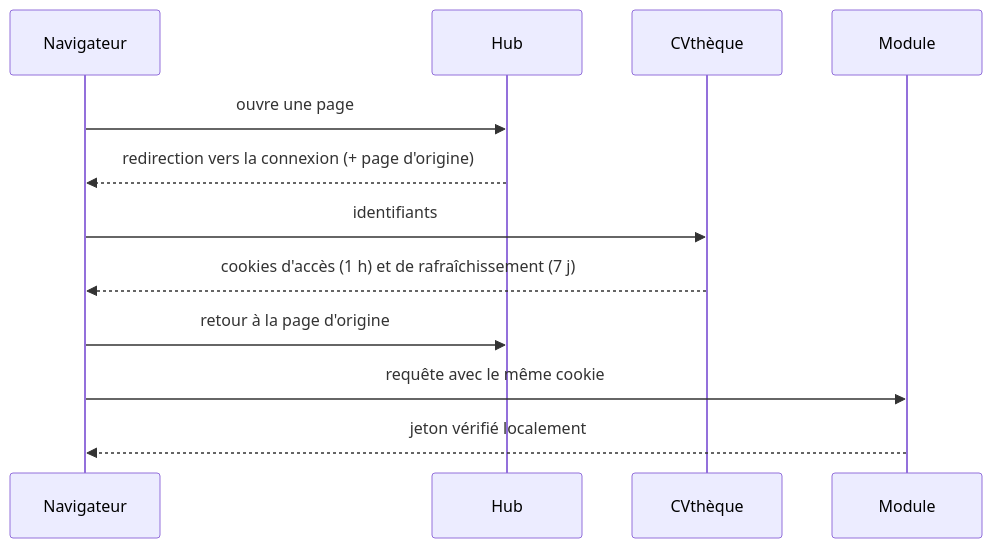
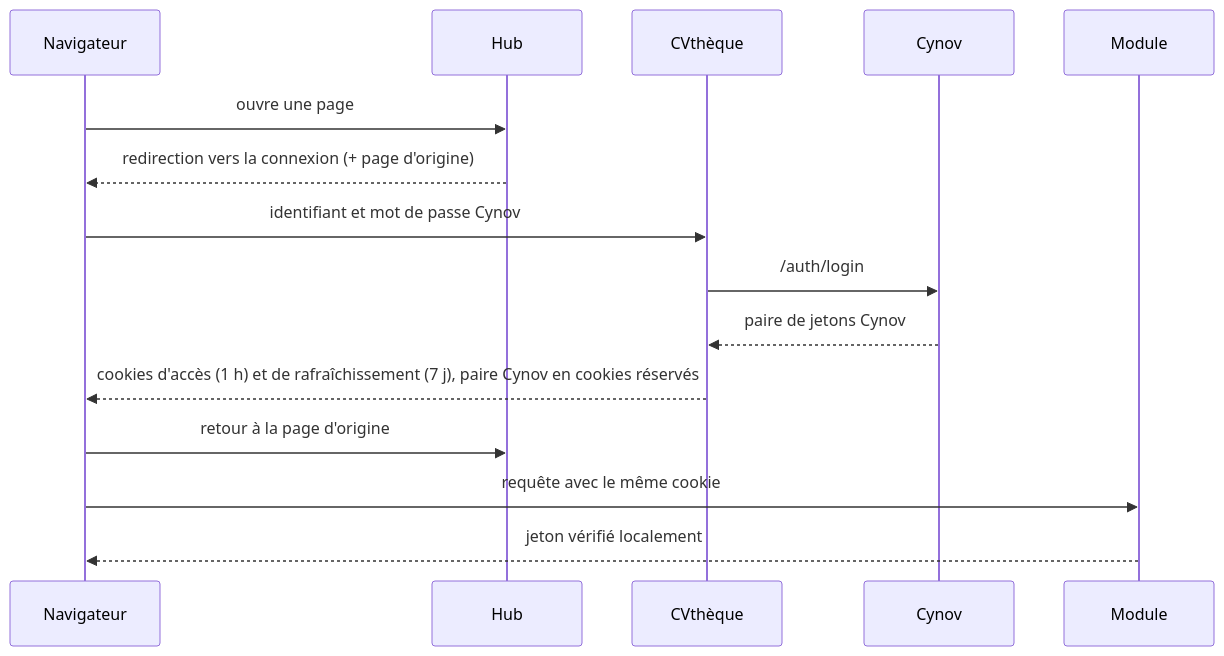
The diagram in documentation/architecture/identite.rst (baylitoo/adbi-platform), drawn with Mermaid before and after one commit. The commit also changed other lines of this file and 19 other files, not shown here.

```diff
--- a/documentation/architecture/identite.rst
+++ b/documentation/architecture/identite.rst
@@ -11,14 +14,17 @@
 .. mermaid::
 
    sequenceDiagram
      participant N as Navigateur
      participant H as Hub
      participant C as CVthèque
+     participant Y as Cynov
      participant M as Module
      N->>H: ouvre une page
      H-->>N: redirection vers la connexion (+ page d'origine)
-     N->>C: identifiants
-     C-->>N: cookies d'accès (1 h) et de rafraîchissement (7 j)
+     N->>C: identifiant et mot de passe Cynov
+     C->>Y: /auth/login
+     Y-->>C: paire de jetons Cynov
+     C-->>N: cookies d'accès (1 h) et de rafraîchissement (7 j), paire Cynov en cookies réservés
      N->>H: retour à la page d'origine
      N->>M: requête avec le même cookie
      M-->>N: jeton vérifié localement
```
